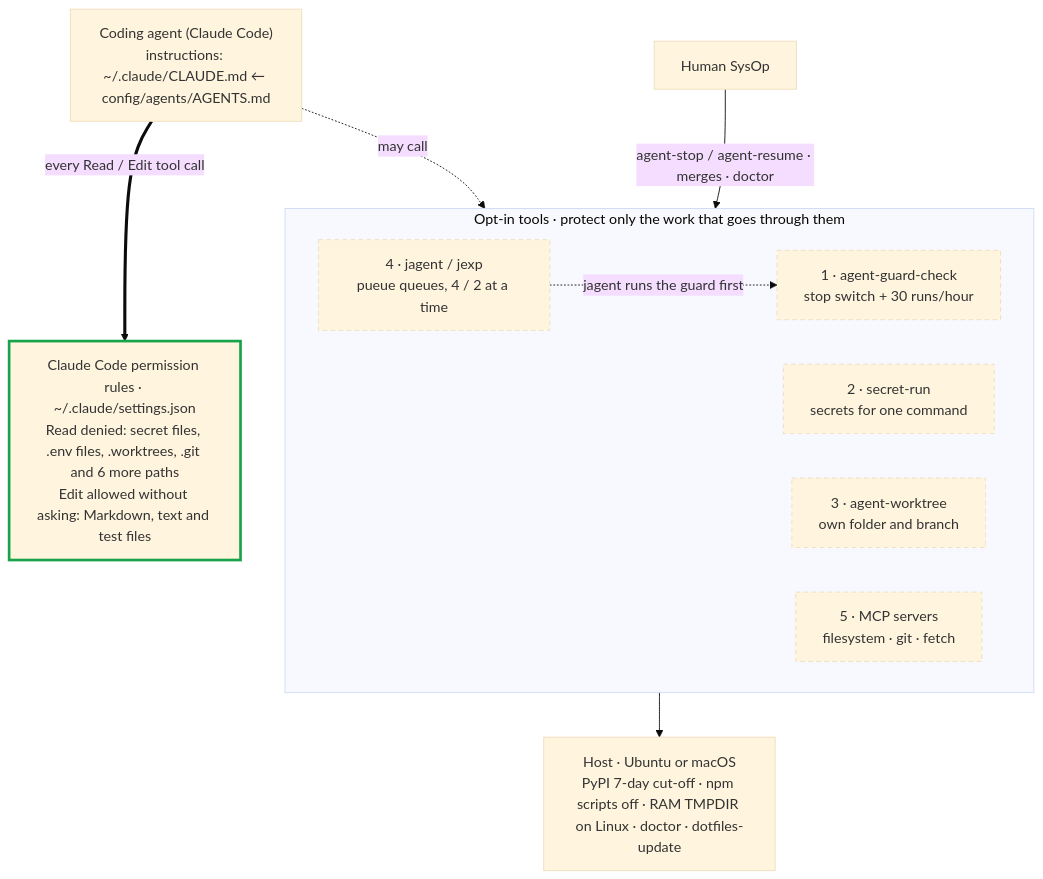
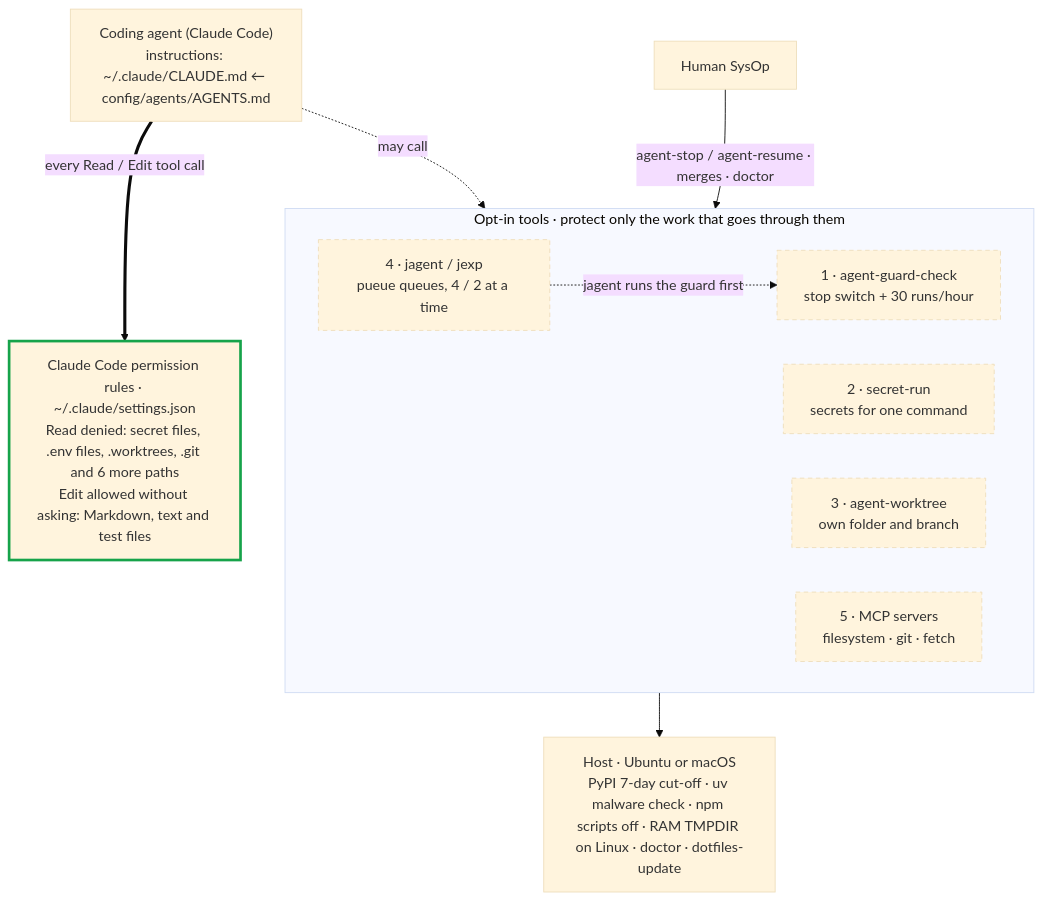
Before and after one commit to jacob-adm/ai-automation-engineer-workstation: the first of 4 diagrams in docs/DIAGRAMS.md, drawn with Mermaid (base theme). The commit also changed other lines of this file and 6 other files, not shown here.

Commit message:
fix: [HNET-199] pin uv 0.13.7 so UV_MALWARE_CHECK works; describe it accurately

````diff
--- a/docs/DIAGRAMS.md
+++ b/docs/DIAGRAMS.md
@@ -34,26 +34,26 @@
 ```mermaid
 flowchart TB
     classDef enforced stroke:#16a34a,stroke-width:3px
     classDef optin stroke-dasharray:5 4
 
     AGENT["Coding agent (Claude Code)<br/>instructions: ~/.claude/CLAUDE.md ← config/agents/AGENTS.md"]
     HUMAN["Human SysOp"]
 
     RULES["Claude Code permission rules · ~/.claude/settings.json<br/>Read denied: secret files, .env files, .worktrees, .git and 6 more paths<br/>Edit allowed without asking: Markdown, text and test files"]:::enforced
 
     subgraph TOOLS["Opt-in tools · protect only the work that goes through them"]
         GUARD["1 · agent-guard-check<br/>stop switch + 30 runs/hour"]:::optin
         SR["2 · secret-run<br/>secrets for one command"]:::optin
         AW["3 · agent-worktree<br/>own folder and branch"]:::optin
         Q["4 · jagent / jexp<br/>pueue queues, 4 / 2 at a time"]:::optin
         MCP["5 · MCP servers<br/>filesystem · git · fetch"]:::optin
     end
 
-    HOST["Host · Ubuntu or macOS<br/>PyPI 7-day cut-off · npm scripts off · RAM TMPDIR on Linux · doctor · dotfiles-update"]
+    HOST["Host · Ubuntu or macOS<br/>PyPI 7-day cut-off · uv malware check · npm scripts off · RAM TMPDIR on Linux · doctor · dotfiles-update"]
 
     AGENT ==>|"every Read / Edit tool call"| RULES
     AGENT -.->|"may call"| TOOLS
     HUMAN -->|"agent-stop / agent-resume · merges · doctor"| TOOLS
     Q -.->|"jagent runs the guard first"| GUARD
     TOOLS --> HOST
 ```
````
